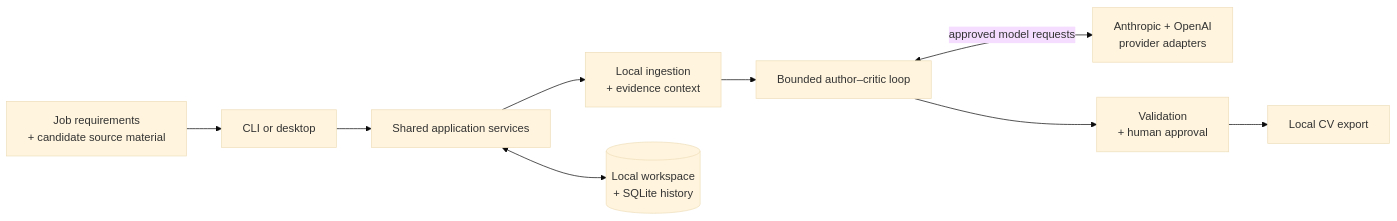
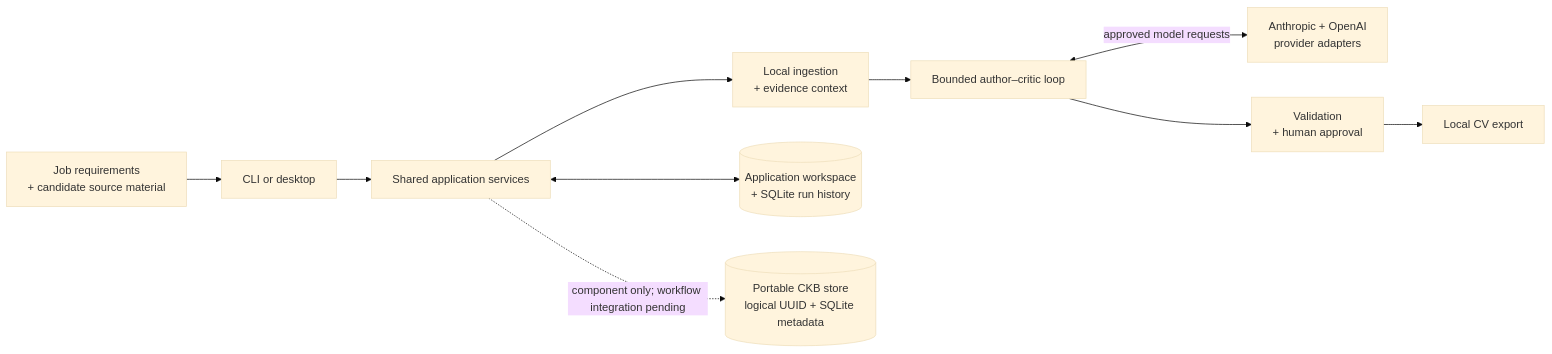
One commit to akoita/draft-loop changed the diagram in README.md. Above: the diagram before and after it, drawn with Mermaid (base theme). The commit also changed other lines of this file and 17 other files, not shown here.

Commit message:
feat(knowledge): add portable candidate knowledge store

````diff
--- a/README.md
+++ b/README.md
@@ -77,18 +82,20 @@
 ```mermaid
 flowchart LR
     Inputs["Job requirements<br/>+ candidate source material"]
     Adapters["CLI or desktop"]
     Application["Shared application services"]
     Context["Local ingestion<br/>+ evidence context"]
     Loop["Bounded author–critic loop"]
     Models["Anthropic + OpenAI<br/>provider adapters"]
     Review["Validation<br/>+ human approval"]
     Export["Local CV export"]
-    Storage[("Local workspace<br/>+ SQLite history")]
+    WorkspaceStore[("Application workspace<br/>+ SQLite run history")]
+    CKBStore[("Portable CKB store<br/>logical UUID + SQLite metadata")]
 
     Inputs --> Adapters --> Application
     Application --> Context --> Loop
     Loop <-->|"approved model requests"| Models
     Loop --> Review --> Export
-    Application <--> Storage
+    Application <--> WorkspaceStore
+    Application -.->|"component only; workflow integration pending"| CKBStore
 ```
````
